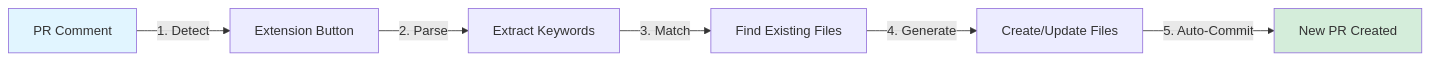
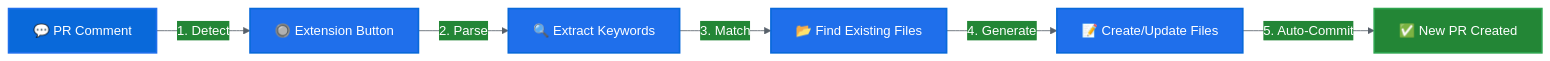
Before and after one commit to sunio00000/review-to-instruction: the first of 2 diagrams in README.md, drawn with Mermaid. The commit also changed other lines of this file and 3 other files, not shown here.

First line of the commit message:
docs: add demo section and improve Mermaid diagram visibility

````diff
--- a/README.md
+++ b/README.md
@@ -35,11 +65,16 @@
 ```mermaid
+%%{init: {'theme':'base', 'themeVariables': { 'primaryColor':'#0969da','primaryTextColor':'#ffffff','primaryBorderColor':'#1f6feb','lineColor':'#57606a','secondaryColor':'#238636','tertiaryColor':'#9a6700','noteBkgColor':'#ffffff','noteTextColor':'#1f2328'}}}%%
 graph LR
-    A[PR Comment] -->|1. Detect| B[Extension Button]
-    B -->|2. Parse| C[Extract Keywords]
-    C -->|3. Match| D[Find Existing Files]
-    D -->|4. Generate| E[Create/Update Files]
-    E -->|5. Auto-Commit| F[New PR Created]
+    A["💬 PR Comment"] -->|1. Detect| B["🔘 Extension Button"]
+    B -->|2. Parse| C["🔍 Extract Keywords"]
+    C -->|3. Match| D["📂 Find Existing Files"]
+    D -->|4. Generate| E["📝 Create/Update Files"]
+    E -->|5. Auto-Commit| F["✅ New PR Created"]
 
-    style A fill:#e1f5ff
-    style F fill:#d4edda
+    style A fill:#0969da,stroke:#1f6feb,stroke-width:2px,color:#ffffff
+    style B fill:#1f6feb,stroke:#0969da,stroke-width:2px,color:#ffffff
+    style C fill:#1f6feb,stroke:#0969da,stroke-width:2px,color:#ffffff
+    style D fill:#1f6feb,stroke:#0969da,stroke-width:2px,color:#ffffff
+    style E fill:#1f6feb,stroke:#0969da,stroke-width:2px,color:#ffffff
+    style F fill:#238636,stroke:#2da44e,stroke-width:2px,color:#ffffff
 ```
````
